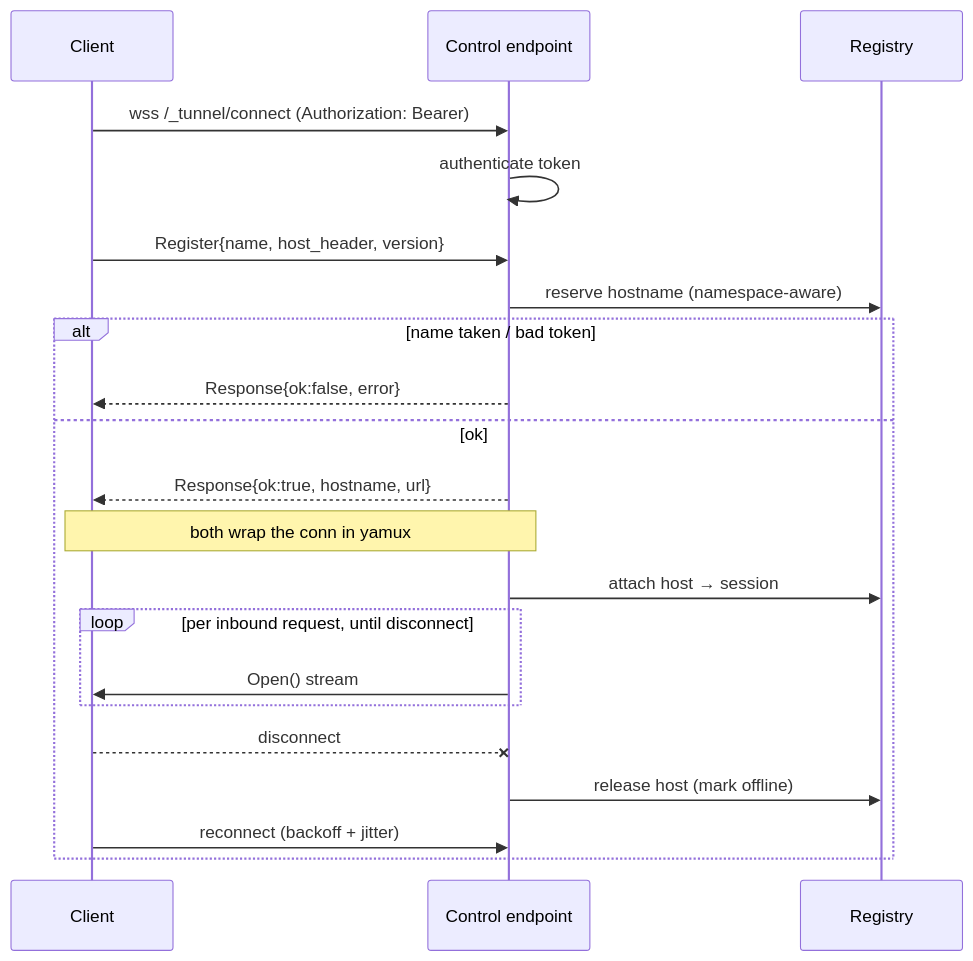
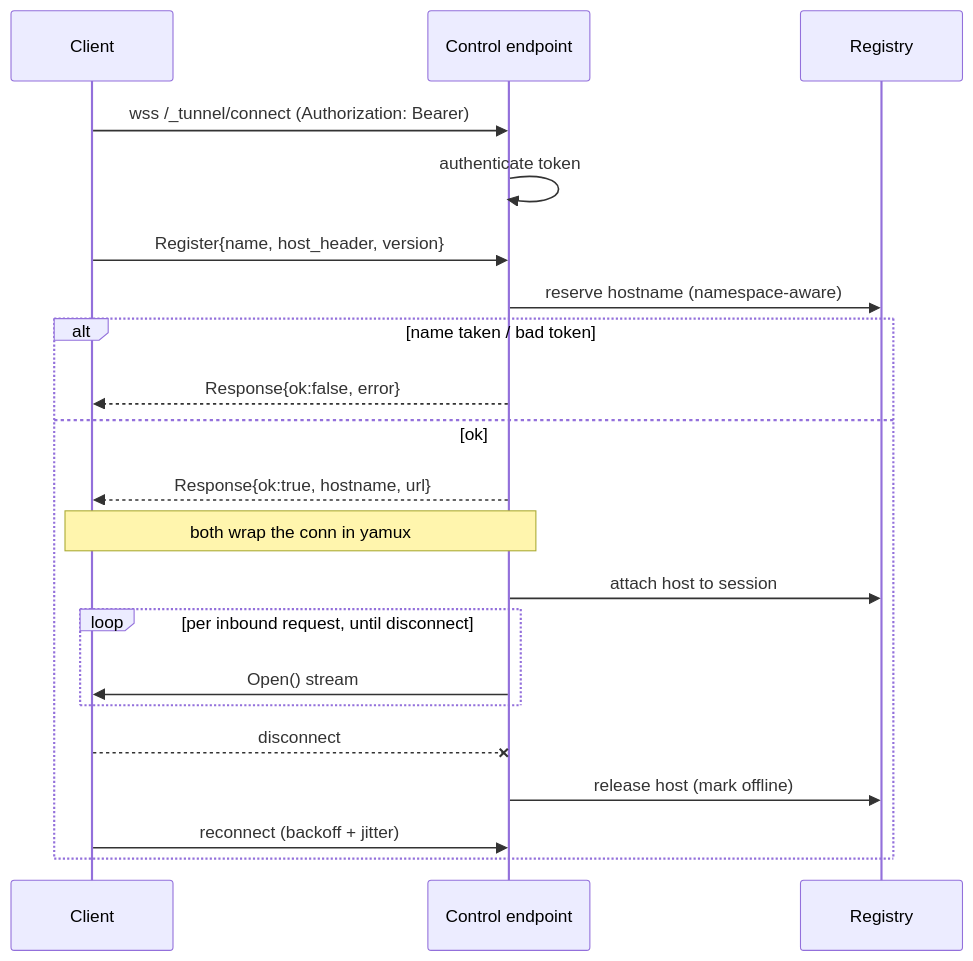
Before and after one commit to ur-link/tunnel: the third of 5 diagrams in docs/architecture.md, drawn with Mermaid. The commit also changed other lines of this file and 2 other files, not shown here.

First line of the commit message:
docs: put one-command Get Started at top of README; fix all Mermaid

````diff
--- a/docs/architecture.md
+++ b/docs/architecture.md
@@ -82,23 +82,23 @@
 ```mermaid
 sequenceDiagram
   participant Cl as Client
   participant C as Control endpoint
   participant Rg as Registry
   Cl->>C: wss /_tunnel/connect (Authorization: Bearer)
   C->>C: authenticate token
   Cl->>C: Register{name, host_header, version}
   C->>Rg: reserve hostname (namespace-aware)
   alt name taken / bad token
     C-->>Cl: Response{ok:false, error}
   else ok
     C-->>Cl: Response{ok:true, hostname, url}
     Note over Cl,C: both wrap the conn in yamux
-    C->>Rg: attach host → session
+    C->>Rg: attach host to session
     loop per inbound request, until disconnect
       C->>Cl: Open() stream
     end
     Cl--xC: disconnect
     C->>Rg: release host (mark offline)
     Cl->>C: reconnect (backoff + jitter)
   end
 ```
````
